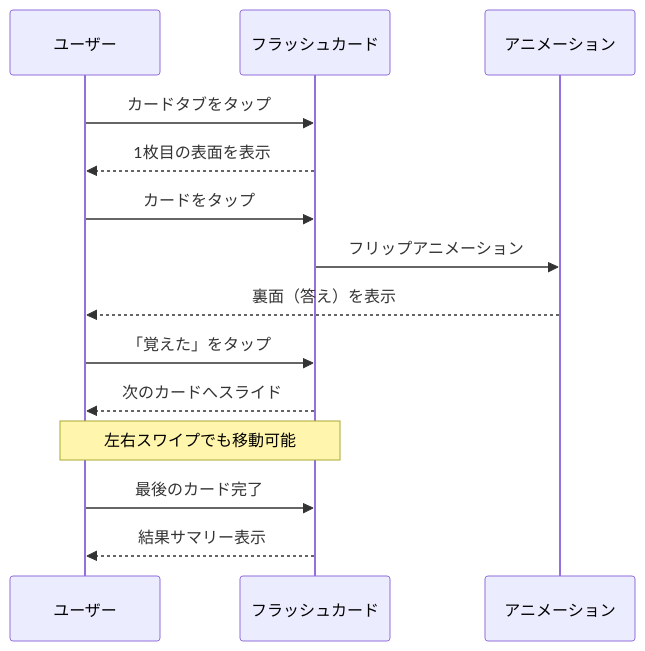
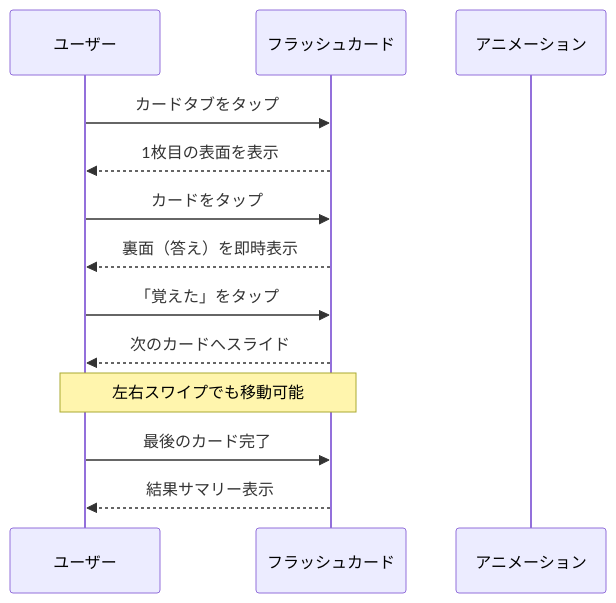
The fifth of 6 diagrams in docs/functional-design.md (isihiro87/chat_study), drawn with Mermaid before and after one commit. The commit also changed other lines of this file and 26 other files, not shown here.

````diff
--- a/docs/functional-design.md
+++ b/docs/functional-design.md
@@ -425,21 +425,20 @@
 ```mermaid
 sequenceDiagram
     participant User as ユーザー
     participant Card as フラッシュカード
     participant Anim as アニメーション
 
     User->>Card: カードタブをタップ
     Card-->>User: 1枚目の表面を表示
 
     User->>Card: カードをタップ
-    Card->>Anim: フリップアニメーション
-    Anim-->>User: 裏面（答え）を表示
+    Card-->>User: 裏面（答え）を即時表示
 
     User->>Card: 「覚えた」をタップ
     Card-->>User: 次のカードへスライド
 
     Note over User,Card: 左右スワイプでも移動可能
 
     User->>Card: 最後のカード完了
     Card-->>User: 結果サマリー表示
 ```
````
